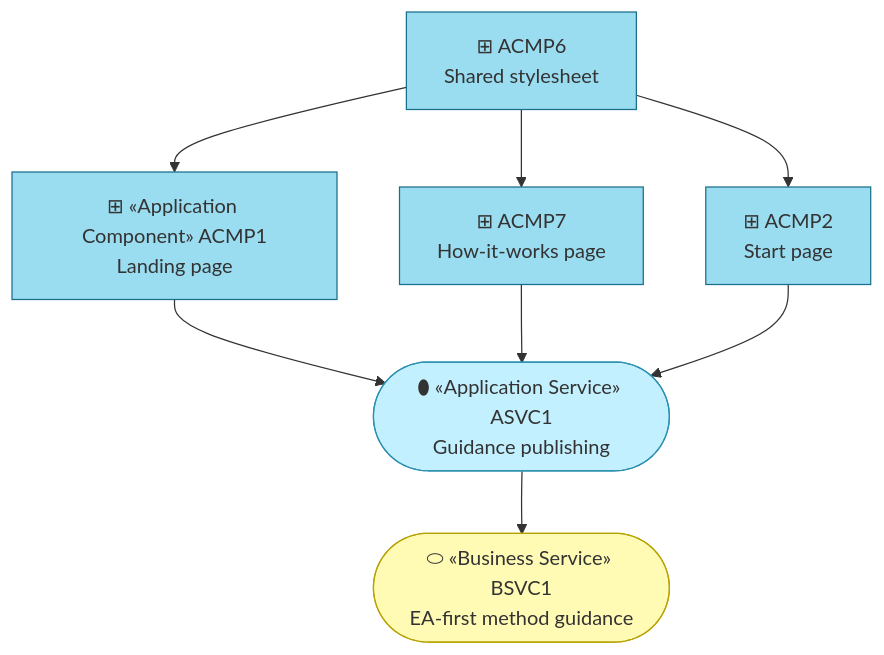
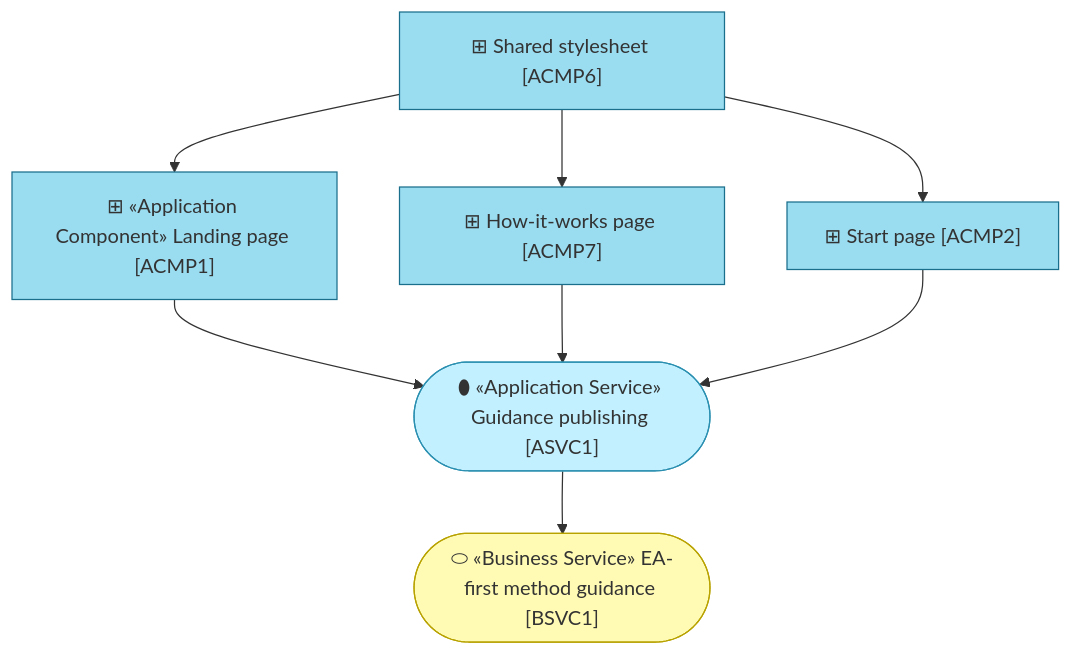
Before and after one commit to roanboc/architecture-archreator: the second of 2 diagrams in product-archreator/site/architecture/4_application/2_application-components.md, drawn with Mermaid. The commit also changed other lines of this file and 38 other files, not shown here.

````diff
--- a/product-archreator/site/architecture/4_application/2_application-components.md
+++ b/product-archreator/site/architecture/4_application/2_application-components.md
@@ -33,22 +33,22 @@
 ```mermaid
 flowchart TB
-  bsvc1(["⬭ «Business Service» BSVC1<br>EA-first method guidance"]):::business
-  asvc1(["⬮ «Application Service» ASVC1<br>Guidance publishing"]):::appservice
+  bsvc1(["⬭ «Business Service» EA-first method guidance [BSVC1]"]):::business
+  asvc1(["⬮ «Application Service» Guidance publishing [ASVC1]"]):::appservice
 
-  acmp1["⊞ «Application Component» ACMP1<br>Landing page"]:::component
-  acmp7["⊞ ACMP7<br>How-it-works page"]:::component
-  acmp2["⊞ ACMP2<br>Start page"]:::component
-  acmp6["⊞ ACMP6<br>Shared stylesheet"]:::component
+  acmp1["⊞ «Application Component» Landing page [ACMP1]"]:::component
+  acmp7["⊞ How-it-works page [ACMP7]"]:::component
+  acmp2["⊞ Start page [ACMP2]"]:::component
+  acmp6["⊞ Shared stylesheet [ACMP6]"]:::component
 
   acmp1 --> asvc1
   acmp7 --> asvc1
   acmp2 --> asvc1
   acmp6 --> acmp1
   acmp6 --> acmp7
   acmp6 --> acmp2
   asvc1 --> bsvc1
 
   classDef business fill:#fffbb5,stroke:#b8a200,color:#333
   classDef appservice fill:#c2f0ff,stroke:#2a8fb0,color:#333
   classDef component fill:#9adcf0,stroke:#1a6f8c,color:#333
 ```
````
